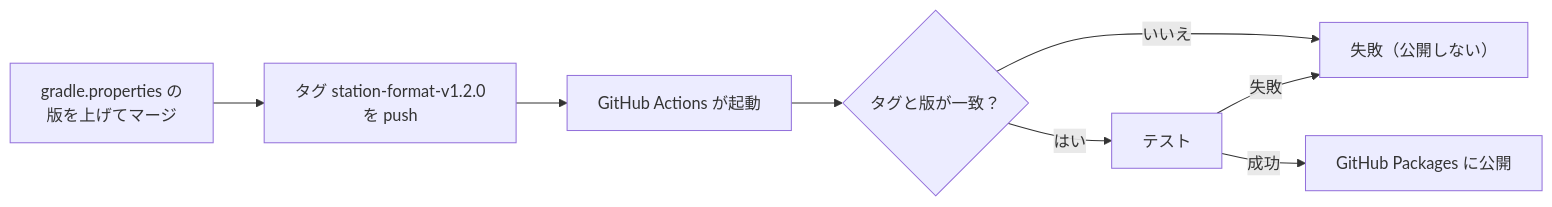
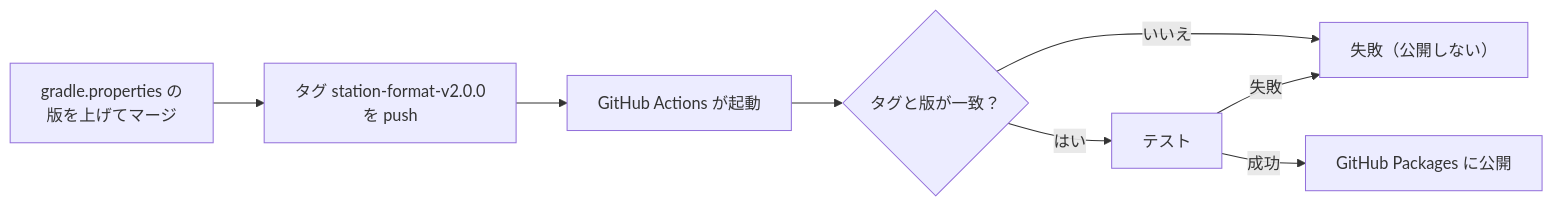
Before and after one commit to duwenji/yorisoi-tutorial: the diagram in 05-station-format/03-publish.md, drawn with Mermaid. The commit also changed other lines of this file and 40 other files, not shown here.

First line of the commit message:
docs: 識別子 io.github.duwenji.sanpoguide と station-format 2.0.0 に追従する

````diff
--- a/05-station-format/03-publish.md
+++ b/05-station-format/03-publish.md
@@ -176,10 +178,10 @@
 ```mermaid
 flowchart LR
-    A["gradle.properties の<br/>版を上げてマージ"] --> B["タグ station-format-v1.2.0<br/>を push"]
+    A["gradle.properties の<br/>版を上げてマージ"] --> B["タグ station-format-v2.0.0<br/>を push"]
     B --> C["GitHub Actions が起動"]
     C --> D{"タグと版が一致？"}
     D -->|いいえ| X["失敗（公開しない）"]
     D -->|はい| E["テスト"]
     E -->|失敗| X
     E -->|成功| F["GitHub Packages に公開"]
 ```
````
